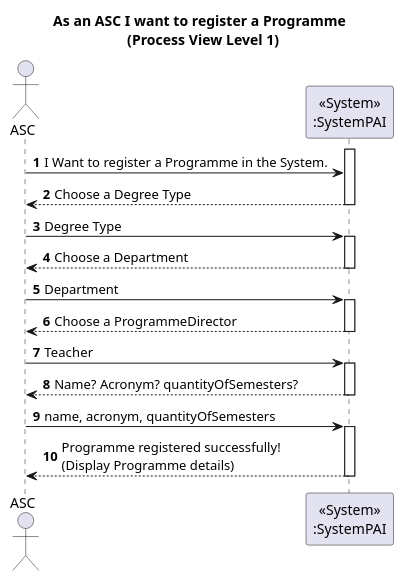
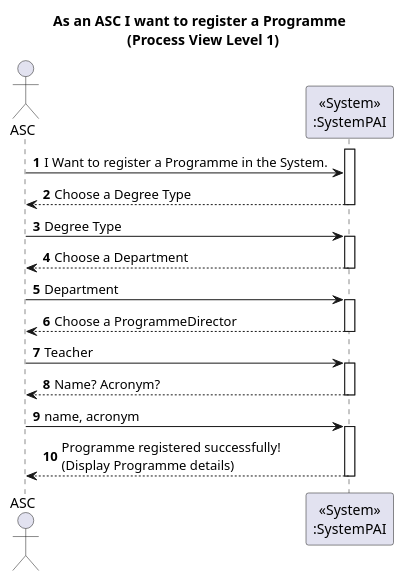
The diagram in docs/US31/ProcessView/Level1.puml (GasparISEP/DevOps-PAI), drawn with PlantUML before and after one commit. The commit also changed 1 other file, not shown here.

Commit message:
Correction of registerProgramme's Process View diagrams, #505, #523

```diff
--- a/docs/US31/ProcessView/Level1.puml
+++ b/docs/US31/ProcessView/Level1.puml
@@ -1,30 +1,30 @@
 @startuml
 autonumber
 
 title As an ASC I want to register a Programme \n (Process View Level 1)
 
 actor ASC as Admin
 participant "<<System>>\n:SystemPAI" as System
 
 activate System
 Admin -> System  : I Want to register a Programme in the System.
 
 System --> Admin --: Choose a Degree Type
 
 Admin -> System  ++: Degree Type
 
 System --> Admin --: Choose a Department
 
 Admin -> System  ++: Department
 
 System --> Admin --: Choose a ProgrammeDirector
 
 Admin -> System  ++: Teacher
 
-System --> Admin  --: Name? Acronym? quantityOfSemesters?
+System --> Admin  --: Name? Acronym?
 
-Admin -> System  ++: name, acronym, quantityOfSemesters
+Admin -> System  ++: name, acronym
 
 System --> Admin  : Programme registered successfully! \n(Display Programme details)
 deactivate System
 @enduml
```
